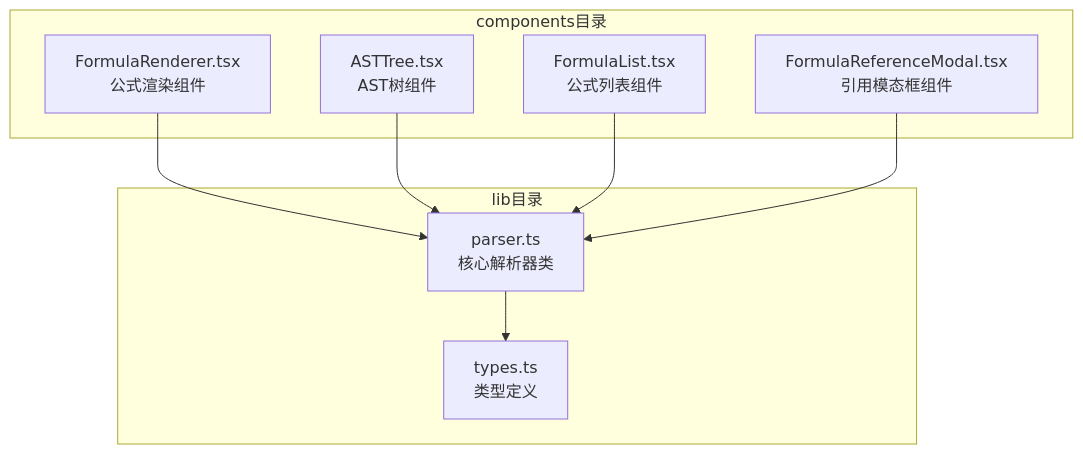
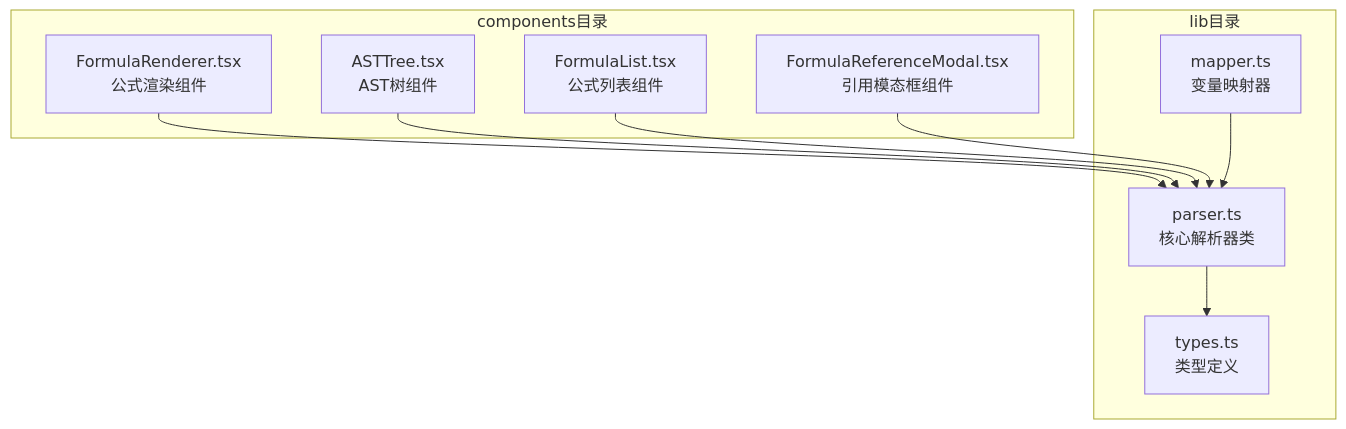
One commit to steveyu2/formula-mapper changed the first of 7 diagrams in .qoder/repowiki/zh/content/开发者指南/核心模块实现/公式解析器.md. Above: the diagram before and after it, drawn with Mermaid. The commit also changed other lines of this file and 4 other files, not shown here.

````diff
--- a/.qoder/repowiki/zh/content/开发者指南/核心模块实现/公式解析器.md
+++ b/.qoder/repowiki/zh/content/开发者指南/核心模块实现/公式解析器.md
@@ -32,18 +35,20 @@
 ```mermaid
 graph TB
 subgraph "lib目录"
 Parser[parser.ts<br/>核心解析器类]
 Types[types.ts<br/>类型定义]
+Mapper[mapper.ts<br/>变量映射器]
 end
 subgraph "components目录"
 Renderer[FormulaRenderer.tsx<br/>公式渲染组件]
 ASTTree[ASTTree.tsx<br/>AST树组件]
 List[FormulaList.tsx<br/>公式列表组件]
 RefModal[FormulaReferenceModal.tsx<br/>引用模态框组件]
 end
 Parser --> Types
 Renderer --> Parser
 ASTTree --> Parser
 List --> Parser
 RefModal --> Parser
+Mapper --> Parser
 ```
````
